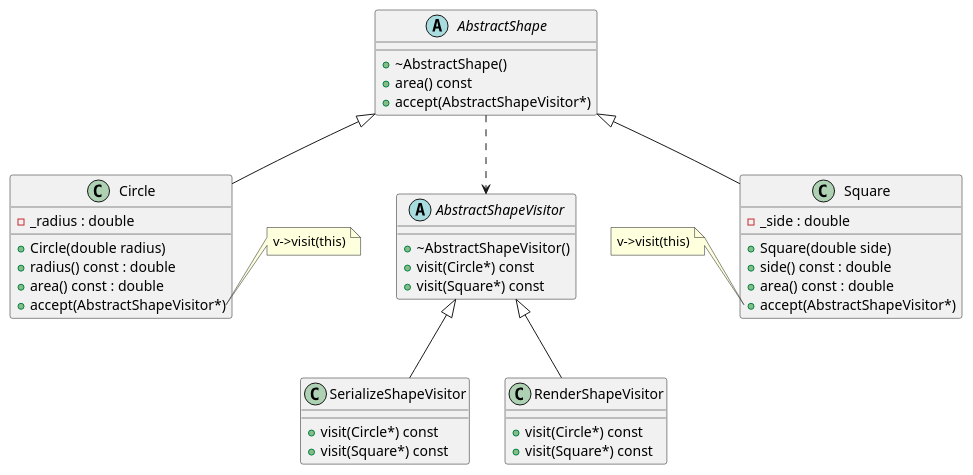
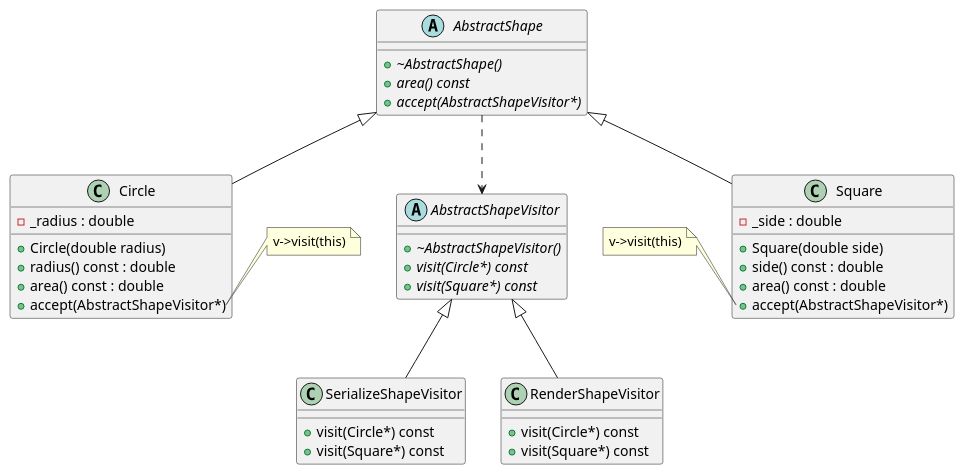
The diagram in software_design/visitor_pattern/visitor.puml (mirinta/cpp_learning), drawn with PlantUML before and after one commit.

```diff
--- a/software_design/visitor_pattern/visitor.puml
+++ b/software_design/visitor_pattern/visitor.puml
@@ -1,56 +1,56 @@
 @startuml
 
 abstract class AbstractShapeVisitor {
-  +~AbstractShapeVisitor()
-  +visit(Circle*) const
-  +visit(Square*) const
+  + {abstract} ~AbstractShapeVisitor()
+  + {abstract} visit(Circle*) const
+  + {abstract} visit(Square*) const
 }
 
 abstract class AbstractShape {
-  +~AbstractShape()
-  +area() const
-  +accept(AbstractShapeVisitor*)
+  + {abstract} ~AbstractShape()
+  + {abstract} area() const
+  + {abstract} accept(AbstractShapeVisitor*)
 }
 
 class Circle {
-  +Circle(double radius)
-  +radius() const : double
-  +area() const : double
-  +accept(AbstractShapeVisitor*)
-  -_radius : double
+  + Circle(double radius)
+  + radius() const : double
+  + area() const : double
+  + accept(AbstractShapeVisitor*)
+  - _radius : double
 }
 
 class Square {
-  +Square(double side)
-  +side() const : double
-  +area() const : double
-  +accept(AbstractShapeVisitor*)
-  -_side : double
+  + Square(double side)
+  + side() const : double
+  + area() const : double
+  + accept(AbstractShapeVisitor*)
+  - _side : double
 }
 
 class SerializeShapeVisitor {
-  +visit(Circle*) const
-  +visit(Square*) const
+  + visit(Circle*) const
+  + visit(Square*) const
 }
 
 class RenderShapeVisitor {
-  +visit(Circle*) const
-  +visit(Square*) const
+  + visit(Circle*) const
+  + visit(Square*) const
 }
 
 AbstractShape <|-- Circle
 AbstractShape <|-- Square
 AbstractShape ..> AbstractShapeVisitor
 
 AbstractShapeVisitor <|-- SerializeShapeVisitor
 AbstractShapeVisitor <|-- RenderShapeVisitor
 
 note right of Circle::accept
     v->visit(this)
 end note
 
 note left of Square::accept
     v->visit(this)
 end note
 
 @enduml
```
